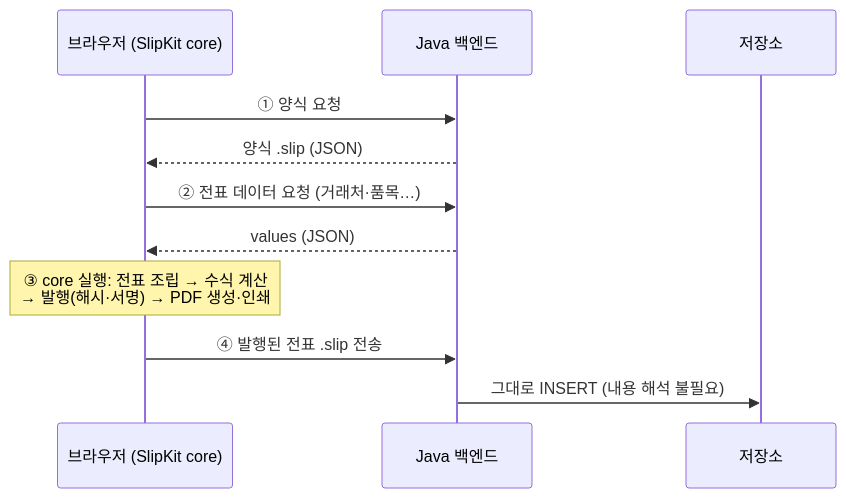
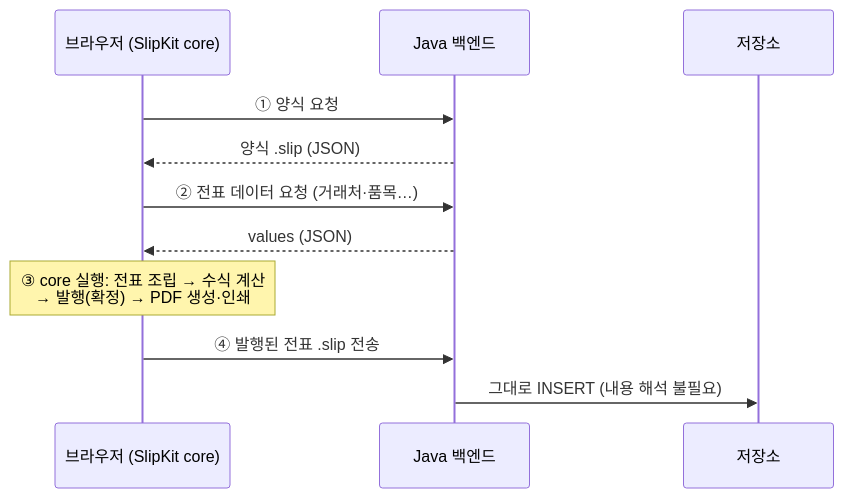
The second of 3 diagrams in docs/ARCHITECTURE.md (open-my-dev-com/drawing-report), drawn with Mermaid before and after one commit. The commit also changed other lines of this file and 39 other files, not shown here.

````diff
--- a/docs/ARCHITECTURE.md
+++ b/docs/ARCHITECTURE.md
@@ -66,14 +66,14 @@
 ```mermaid
 sequenceDiagram
     participant B as 브라우저 (SlipKit core)
     participant J as Java 백엔드
     participant S as 저장소
 
     B->>J: ① 양식 요청
     J-->>B: 양식 .slip (JSON)
     B->>J: ② 전표 데이터 요청 (거래처·품목…)
     J-->>B: values (JSON)
-    Note over B: ③ core 실행: 전표 조립 → 수식 계산<br/>→ 발행(해시·서명) → PDF 생성·인쇄
+    Note over B: ③ core 실행: 전표 조립 → 수식 계산<br/>→ 발행(확정) → PDF 생성·인쇄
     B->>J: ④ 발행된 전표 .slip 전송
     J->>S: 그대로 INSERT (내용 해석 불필요)
 ```
````
